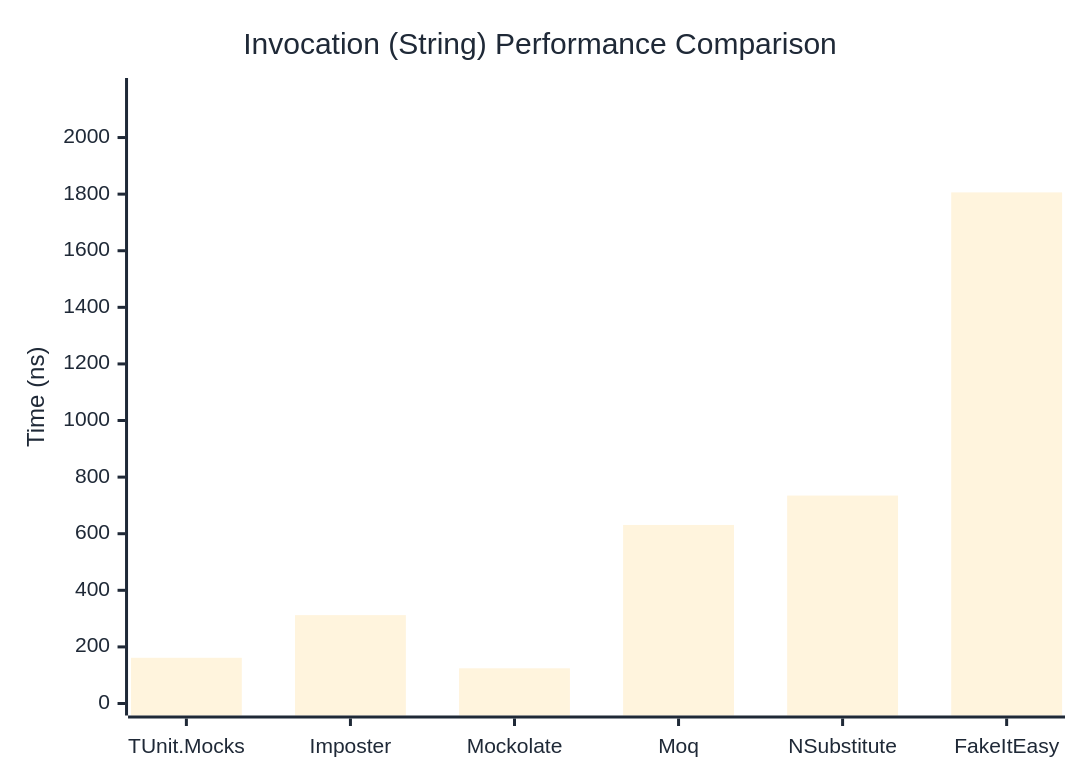
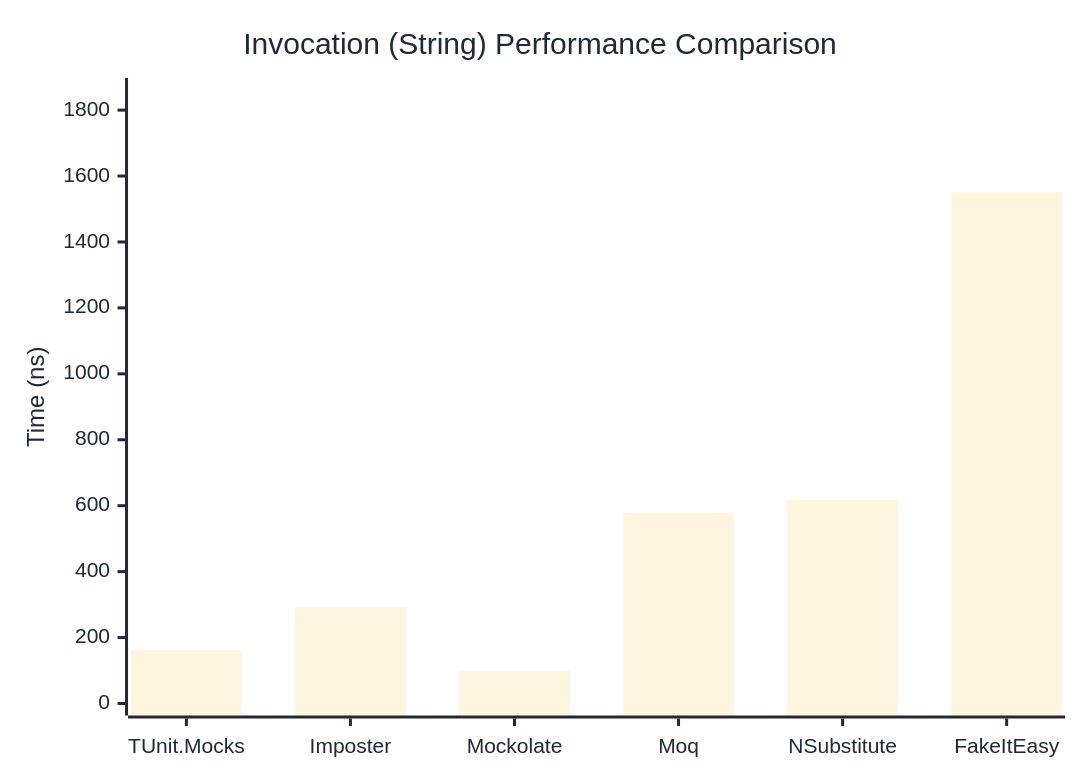
The second of 3 diagrams in docs/docs/benchmarks/mocks/Invocation.md (thomhurst/TUnit), drawn with Mermaid before and after one commit. The commit also changed other lines of this file and 14 other files, not shown here.

````diff
--- a/docs/docs/benchmarks/mocks/Invocation.md
+++ b/docs/docs/benchmarks/mocks/Invocation.md
@@ -69,27 +69,27 @@
 ```mermaid
 %%{init: {
   'theme':'base',
   'themeVariables': {
     'primaryColor': '#2563eb',
     'primaryTextColor': '#1f2937',
     'primaryBorderColor': '#1e40af',
     'lineColor': '#6b7280',
     'secondaryColor': '#7c3aed',
     'tertiaryColor': '#dc2626',
     'background': '#ffffff',
     'pie1': '#2563eb',
     'pie2': '#7c3aed',
     'pie3': '#dc2626',
     'pie4': '#f59e0b',
     'pie5': '#10b981',
     'pie6': '#06b6d4',
     'pie7': '#ec4899',
     'pie8': '#6366f1'
   }
 }}%%
 xychart-beta
   title "Invocation (String) Performance Comparison"
   x-axis ["TUnit.Mocks", "Imposter", "Mockolate", "Moq", "NSubstitute", "FakeItEasy"]
-  y-axis "Time (ns)" 0 --> 2168
-  bar [161.5, 312.3, 124.4, 630.9, 734.8, 1806.2]
+  y-axis "Time (ns)" 0 --> 1861
+  bar [161.43, 292.3, 98.52, 579.18, 617.9, 1550.73]
 ```
````
